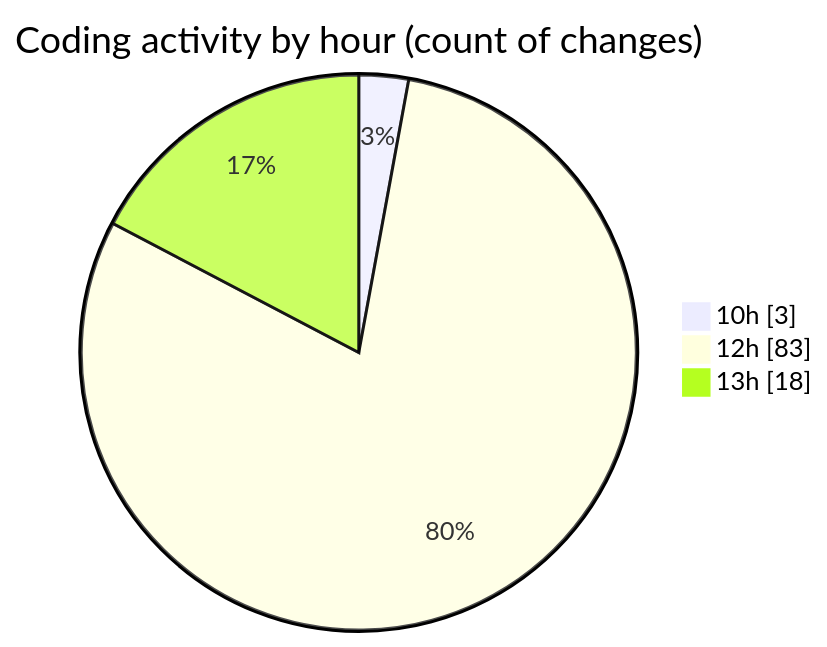
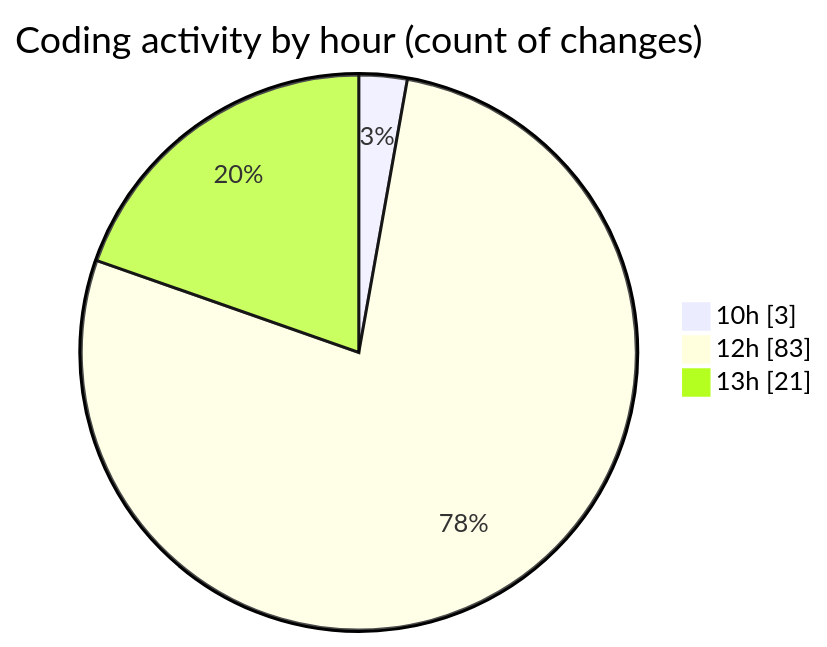
Before and after one commit to nxtqubesakshisongat/code-tracking: the second of 2 diagrams in 2025-05-27/nxtqube_webapp/README.md, drawn with Mermaid. The commit also changed other lines of this file and 1 other file, not shown here.

````diff
--- a/2025-05-27/nxtqube_webapp/README.md
+++ b/2025-05-27/nxtqube_webapp/README.md
@@ -31,7 +31,7 @@
 ```mermaid
 pie showData
 title Coding activity by hour (count of changes)
 "10h" : 3
 "12h" : 83
-"13h" : 18
+"13h" : 21
 ```
````
